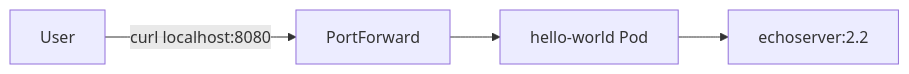
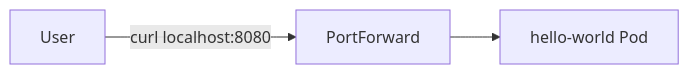
The first of 2 diagrams in README.md (radiomost/netology), drawn with Mermaid before and after one commit.

Commit message:
Добавлено решение по заданию №1,2

````diff
--- a/README.md
+++ b/README.md
@@ -98,6 +98,5 @@
 ```mermaid
 flowchart LR
     User -->|curl localhost:8080| PortForward
     PortForward --> Pod[hello-world Pod]
-    Pod --> Container[echoserver:2.2]
 ```
````
